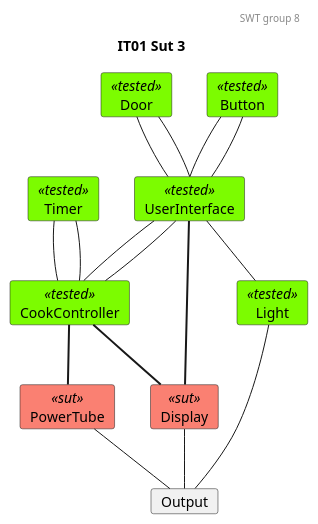
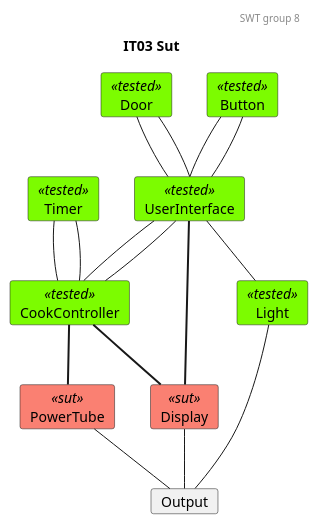
Before and after one commit to mikkel-ol/I4SWT-MicrowaveOven: the diagram in docs/SysTestTree3.plantuml, drawn with PlantUML. The commit also changed 3 other files, not shown here.

```diff
--- a/docs/SysTestTree3.plantuml
+++ b/docs/SysTestTree3.plantuml
@@ -1,67 +1,67 @@
 @startuml IT03-Sut
 
 'Testing colors:
 skinparam card{
     backgroundColor<<tested>> lawngreen
     backgroundColor<<sut>> salmon
     backgroundColor<<test>> salmon
     backgroundColor<<fake>> gold
 }
 
 header SWT group 8
-title IT01 Sut 3
+title IT03 Sut
 
 '0.
     card Door<<tested>>
     card Button<<tested>>
     card Timer<<tested>>
 
 '1.
     card UserInterface<<tested>>
 
 '2.
     card CookController<<tested>>
     card Light<<tested>>
 
 '3.
     card PowerTube<<sut>>
     card Display<<sut>>
 
 '4 
     card Output
 
 'Relations projects
 ' 0. to 1.
 Door -- UserInterface
 Door -- UserInterface
 
 Button -- UserInterface
 Button -- UserInterface
 
 
 'Relations CookController:
 '1.
 UserInterface -- CookController
 UserInterface -- CookController
 '1. to 3.
 'Door - CookController
 
 Timer -- CookController 
 Timer -- CookController 
 
 CookController -[thickness=2]- PowerTube
 
 '1. to 2.
 UserInterface -[thickness=2]- Display
 UserInterface -- Light
 CookController -[thickness=2]- Display
 
 
 ' Relations 2. to 3.
 Light -- Output
 Display -- Output
 PowerTube -- Output
 
 
 
 @enduml
```
